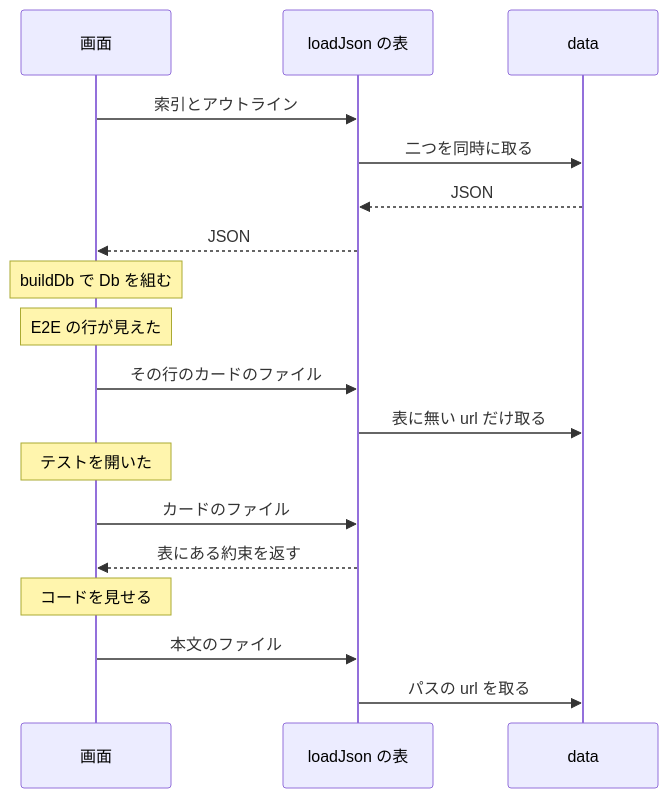
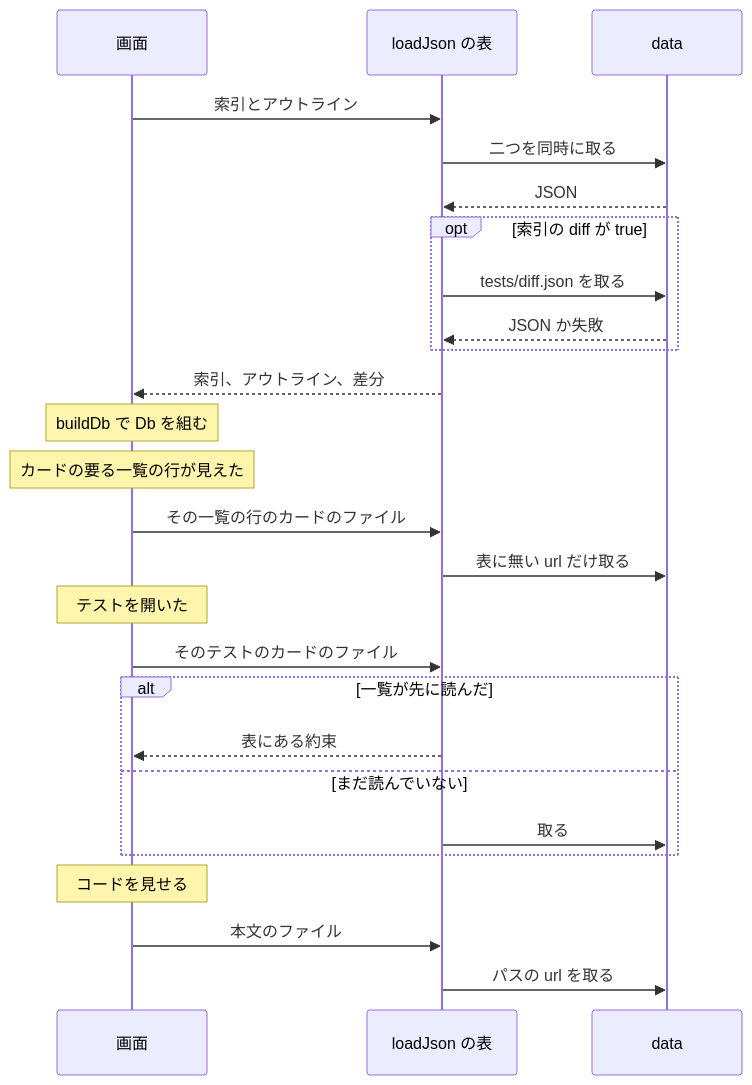
The sixth of 42 diagrams in apps/tests/docs/06-viewer.md (maronnjapan/maronn-openid-connect), drawn with Mermaid before and after one commit. The commit also changed other lines of this file and 11 other files, not shown here.

````diff
--- a/apps/tests/docs/06-viewer.md
+++ b/apps/tests/docs/06-viewer.md
@@ -328,20 +453,28 @@
 ```mermaid
 sequenceDiagram
   participant V as 画面
   participant C as loadJson の表
   participant D as data
   V->>C: 索引とアウトライン
   C->>D: 二つを同時に取る
   D-->>C: JSON
-  C-->>V: JSON
+  opt 索引の diff が true
+    C->>D: tests/diff.json を取る
+    D-->>C: JSON か失敗
+  end
+  C-->>V: 索引、アウトライン、差分
   Note over V: buildDb で Db を組む
-  Note over V: E2E の行が見えた
-  V->>C: その行のカードのファイル
+  Note over V: カードの要る一覧の行が見えた
+  V->>C: その一覧の行のカードのファイル
   C->>D: 表に無い url だけ取る
   Note over V: テストを開いた
-  V->>C: カードのファイル
-  C-->>V: 表にある約束を返す
+  V->>C: そのテストのカードのファイル
+  alt 一覧が先に読んだ
+    C-->>V: 表にある約束
+  else まだ読んでいない
+    C->>D: 取る
+  end
   Note over V: コードを見せる
   V->>C: 本文のファイル
   C->>D: パスの url を取る
 ```
````
